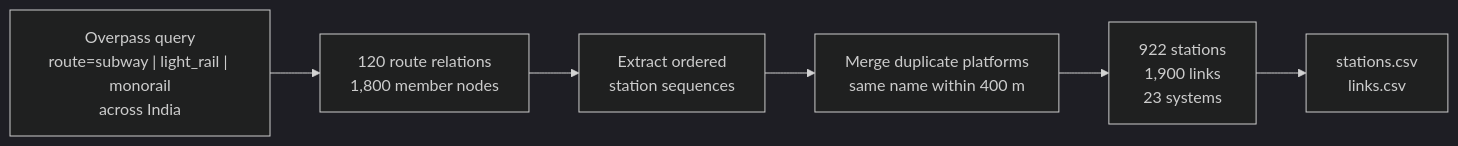
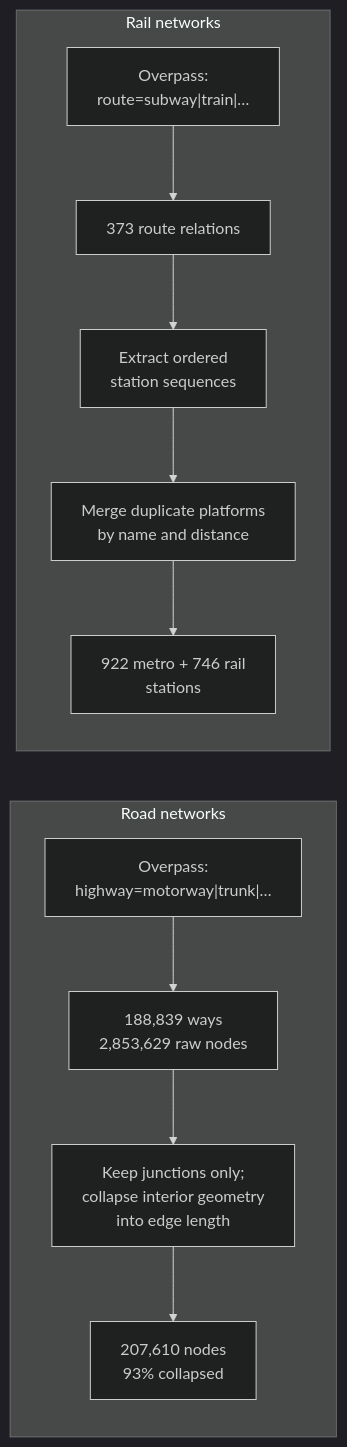
The third of 3 diagrams in README.md (adarshcod30/Adaptive-Graph-Search-Suite), drawn with Mermaid (dark theme) before and after one commit. The commit also changed other lines of this file and 1 other file, not shown here.

````diff
--- a/README.md
+++ b/README.md
@@ -189,8 +254,14 @@
 ```mermaid
 flowchart LR
-    A["Overpass query<br/>route=subway | light_rail | monorail<br/>across India"] --> B["120 route relations<br/>1,800 member nodes"]
-    B --> C["Extract ordered<br/>station sequences"]
-    C --> D["Merge duplicate platforms<br/>same name within 400 m"]
-    D --> E["922 stations<br/>1,900 links<br/>23 systems"]
-    E --> F["stations.csv<br/>links.csv"]
+    subgraph Roads["Road networks"]
+        A1["Overpass:<br/>highway=motorway|trunk|…"] --> A2["188,839 ways<br/>2,853,629 raw nodes"]
+        A2 --> A3["Keep junctions only;<br/>collapse interior geometry<br/>into edge length"]
+        A3 --> A4["207,610 nodes<br/>93% collapsed"]
+    end
+    subgraph Rail["Rail networks"]
+        B1["Overpass:<br/>route=subway|train|…"] --> B2["373 route relations"]
+        B2 --> B3["Extract ordered<br/>station sequences"]
+        B3 --> B4["Merge duplicate platforms<br/>by name and distance"]
+        B4 --> B5["922 metro + 746 rail<br/>stations"]
+    end
 ```
````
